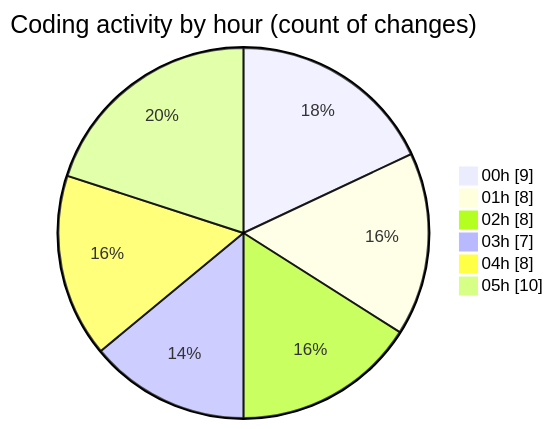
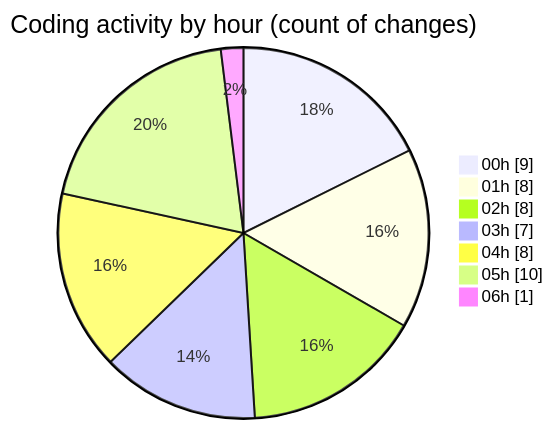
One commit to jrari/code-tracking changed the second of 2 diagrams in 2025-07-14/telebot/README.md. Above: the diagram before and after it, drawn with Mermaid. The commit also changed other lines of this file and 1 other file, not shown here.

````diff
--- a/2025-07-14/telebot/README.md
+++ b/2025-07-14/telebot/README.md
@@ -51,10 +52,11 @@
 ```mermaid
 pie showData
 title Coding activity by hour (count of changes)
 "00h" : 9
 "01h" : 8
 "02h" : 8
 "03h" : 7
 "04h" : 8
 "05h" : 10
+"06h" : 1
 ```
````
